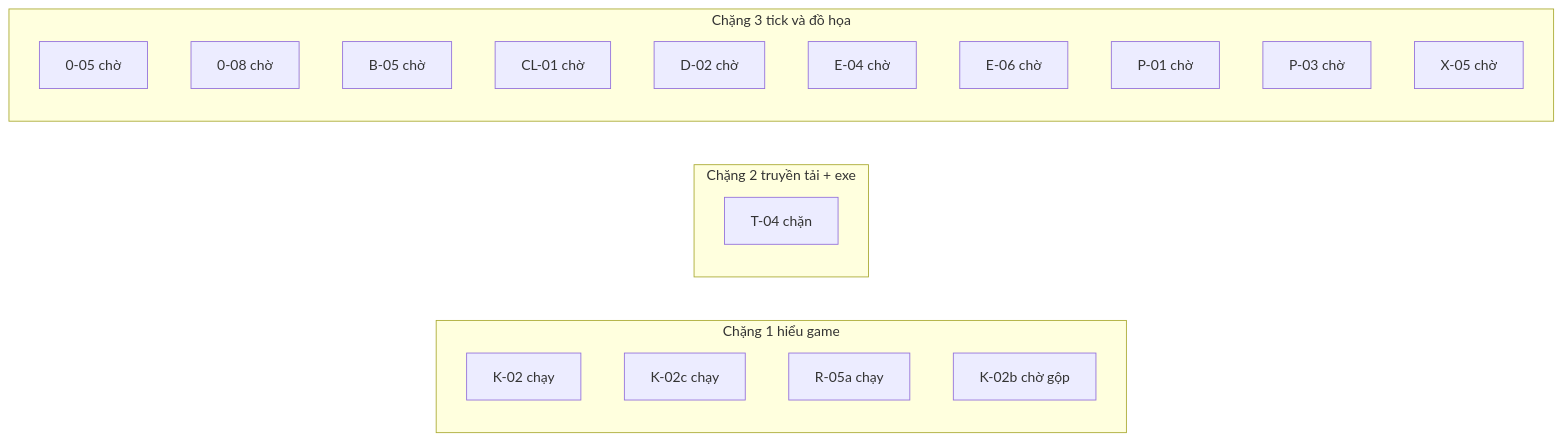
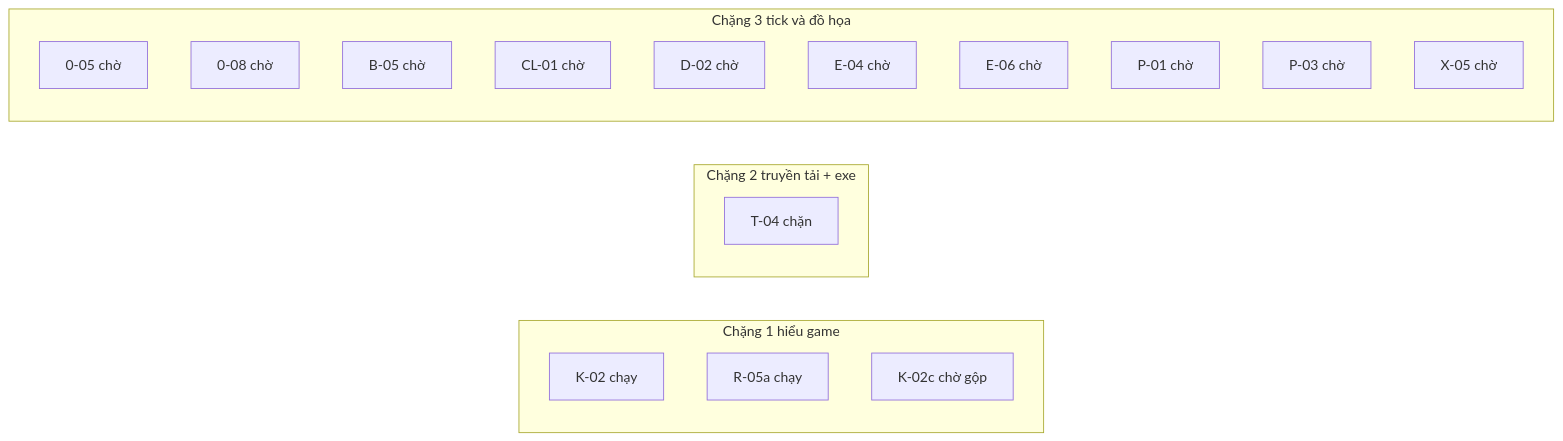
One commit to ndtangoss-dev/jx1-reports changed the diagram in JX1_OPS/STATE/TIEN-DO.md. Above: the diagram before and after it, drawn with Mermaid. The commit also changed other lines of this file and 3 other files, not shown here.

````diff
--- a/JX1_OPS/STATE/TIEN-DO.md
+++ b/JX1_OPS/STATE/TIEN-DO.md
@@ -9,24 +9,23 @@
 ```mermaid
 flowchart LR
   subgraph S1["Chặng 1 hiểu game"]
     K_02["K-02 chạy"]
-    K_02c["K-02c chạy"]
     R_05a["R-05a chạy"]
-    K_02b["K-02b chờ gộp"]
+    K_02c["K-02c chờ gộp"]
   end
   subgraph S2["Chặng 2 truyền tải + exe"]
     T_04["T-04 chặn"]
   end
   subgraph S3["Chặng 3 tick và đồ họa"]
     0_05["0-05 chờ"]
     0_08["0-08 chờ"]
     B_05["B-05 chờ"]
     CL_01["CL-01 chờ"]
     D_02["D-02 chờ"]
     E_04["E-04 chờ"]
     E_06["E-06 chờ"]
     P_01["P-01 chờ"]
     P_03["P-03 chờ"]
     X_05["X-05 chờ"]
   end
 ```
````
